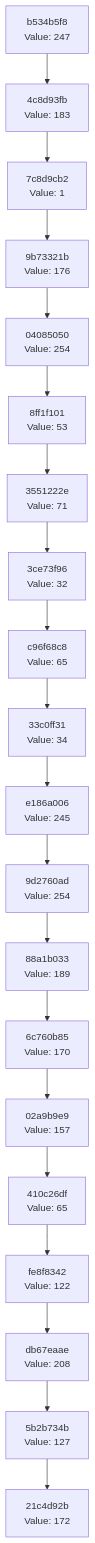
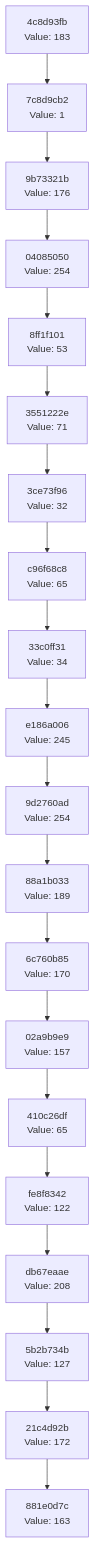
The diagram in docs/CHAIN_VISUALIZATION.md (Abhisheksinha1506/hash-chain-evolver), drawn with Mermaid before and after one commit. The commit also changed 2 other files, not shown here.

Commit message:
Evolution Step

````diff
--- a/docs/CHAIN_VISUALIZATION.md
+++ b/docs/CHAIN_VISUALIZATION.md
@@ -3,42 +3,42 @@
 ```mermaid
 graph TD
-    C0["21c4d92b<br/>Value: 172"]
-    C1["5b2b734b<br/>Value: 127"]
+    C0["881e0d7c<br/>Value: 163"]
+    C1["21c4d92b<br/>Value: 172"]
     C1 --> C0
-    C2["db67eaae<br/>Value: 208"]
+    C2["5b2b734b<br/>Value: 127"]
     C2 --> C1
-    C3["fe8f8342<br/>Value: 122"]
+    C3["db67eaae<br/>Value: 208"]
     C3 --> C2
-    C4["410c26df<br/>Value: 65"]
+    C4["fe8f8342<br/>Value: 122"]
     C4 --> C3
-    C5["02a9b9e9<br/>Value: 157"]
+    C5["410c26df<br/>Value: 65"]
     C5 --> C4
-    C6["6c760b85<br/>Value: 170"]
+    C6["02a9b9e9<br/>Value: 157"]
     C6 --> C5
-    C7["88a1b033<br/>Value: 189"]
+    C7["6c760b85<br/>Value: 170"]
     C7 --> C6
-    C8["9d2760ad<br/>Value: 254"]
+    C8["88a1b033<br/>Value: 189"]
     C8 --> C7
-    C9["e186a006<br/>Value: 245"]
+    C9["9d2760ad<br/>Value: 254"]
     C9 --> C8
-    C10["33c0ff31<br/>Value: 34"]
+    C10["e186a006<br/>Value: 245"]
     C10 --> C9
-    C11["c96f68c8<br/>Value: 65"]
+    C11["33c0ff31<br/>Value: 34"]
     C11 --> C10
-    C12["3ce73f96<br/>Value: 32"]
+    C12["c96f68c8<br/>Value: 65"]
     C12 --> C11
-    C13["3551222e<br/>Value: 71"]
+    C13["3ce73f96<br/>Value: 32"]
     C13 --> C12
-    C14["8ff1f101<br/>Value: 53"]
+    C14["3551222e<br/>Value: 71"]
     C14 --> C13
-    C15["04085050<br/>Value: 254"]
+    C15["8ff1f101<br/>Value: 53"]
     C15 --> C14
-    C16["9b73321b<br/>Value: 176"]
+    C16["04085050<br/>Value: 254"]
     C16 --> C15
-    C17["7c8d9cb2<br/>Value: 1"]
+    C17["9b73321b<br/>Value: 176"]
     C17 --> C16
-    C18["4c8d93fb<br/>Value: 183"]
+    C18["7c8d9cb2<br/>Value: 1"]
     C18 --> C17
-    C19["b534b5f8<br/>Value: 247"]
+    C19["4c8d93fb<br/>Value: 183"]
     C19 --> C18
 ```
````
